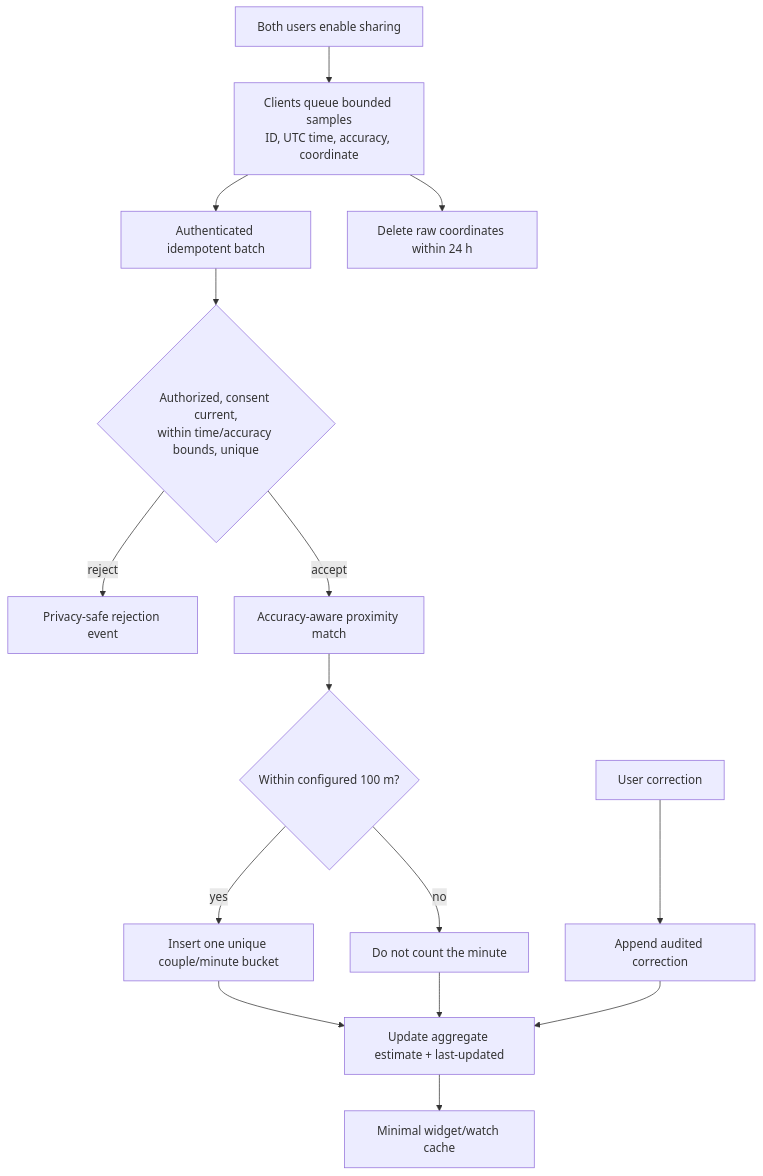
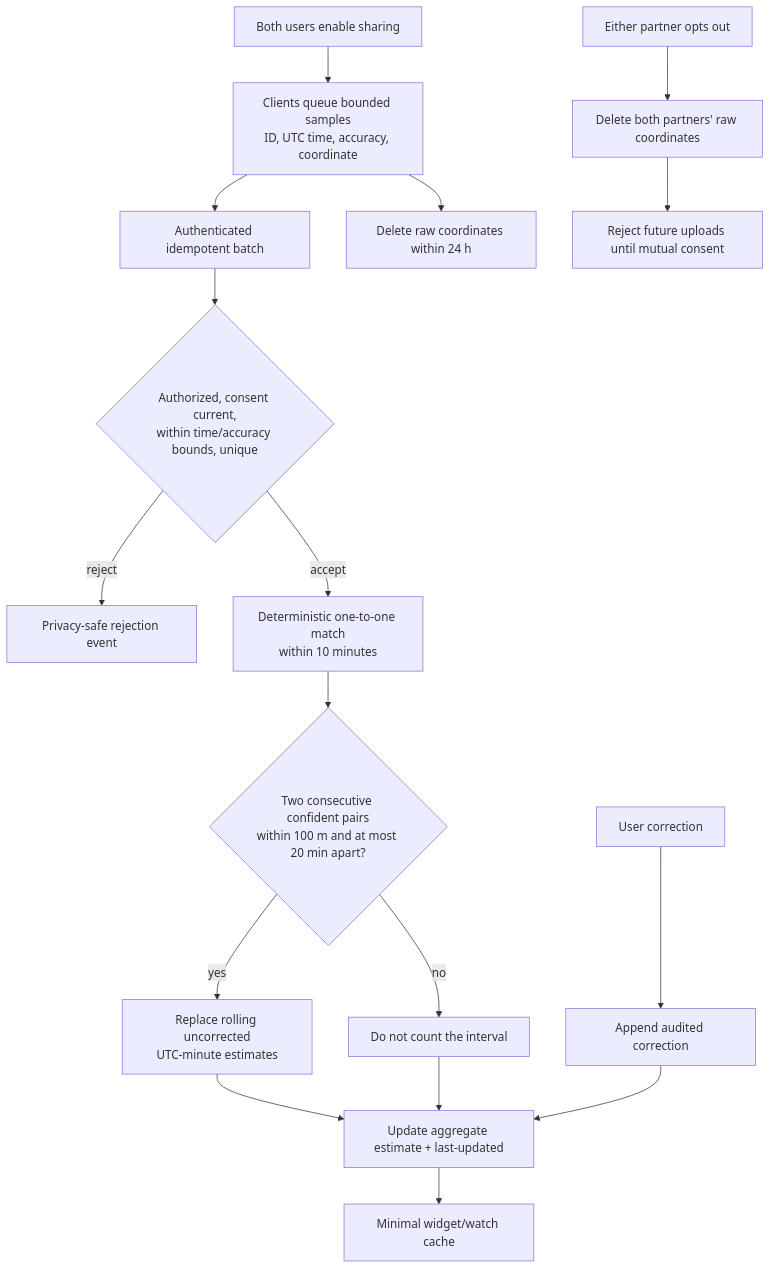
Before and after one commit to Captainpax/littleorbit: the seventh of 12 diagrams in docs/NETWORK-FLOW.md, drawn with Mermaid. The commit also changed other lines of this file and 108 other files, not shown here.

````diff
--- a/docs/NETWORK-FLOW.md
+++ b/docs/NETWORK-FLOW.md
@@ -129,17 +154,19 @@
 ```mermaid
 flowchart TD
     Consent[Both users enable sharing] --> Samples[Clients queue bounded samples<br/>ID, UTC time, accuracy, coordinate]
     Samples --> Upload[Authenticated idempotent batch]
     Upload --> Checks{Authorized, consent current,<br/>within time/accuracy bounds, unique}
     Checks -->|reject| Audit[Privacy-safe rejection event]
-    Checks -->|accept| Match[Accuracy-aware proximity match]
-    Match --> Threshold{Within configured 100 m?}
-    Threshold -->|yes| Bucket[Insert one unique couple/minute bucket]
-    Threshold -->|no| Skip[Do not count the minute]
+    Checks -->|accept| Match[Deterministic one-to-one match<br/>within 10 minutes]
+    Match --> Threshold{Two consecutive confident pairs<br/>within 100 m and at most 20 min apart?}
+    Threshold -->|yes| Bucket[Replace rolling uncorrected<br/>UTC-minute estimates]
+    Threshold -->|no| Skip[Do not count the interval]
     Bucket --> Estimate[Update aggregate estimate + last-updated]
     Skip --> Estimate
     Estimate --> Cache[Minimal widget/watch cache]
     Samples --> Expiry[Delete raw coordinates within 24 h]
+    OptOut[Either partner opts out] --> Delete[Delete both partners' raw coordinates]
+    Delete --> Stop[Reject future uploads until mutual consent]
     Correction[User correction] --> CorrectionAudit[Append audited correction]
     CorrectionAudit --> Estimate
 ```
````
